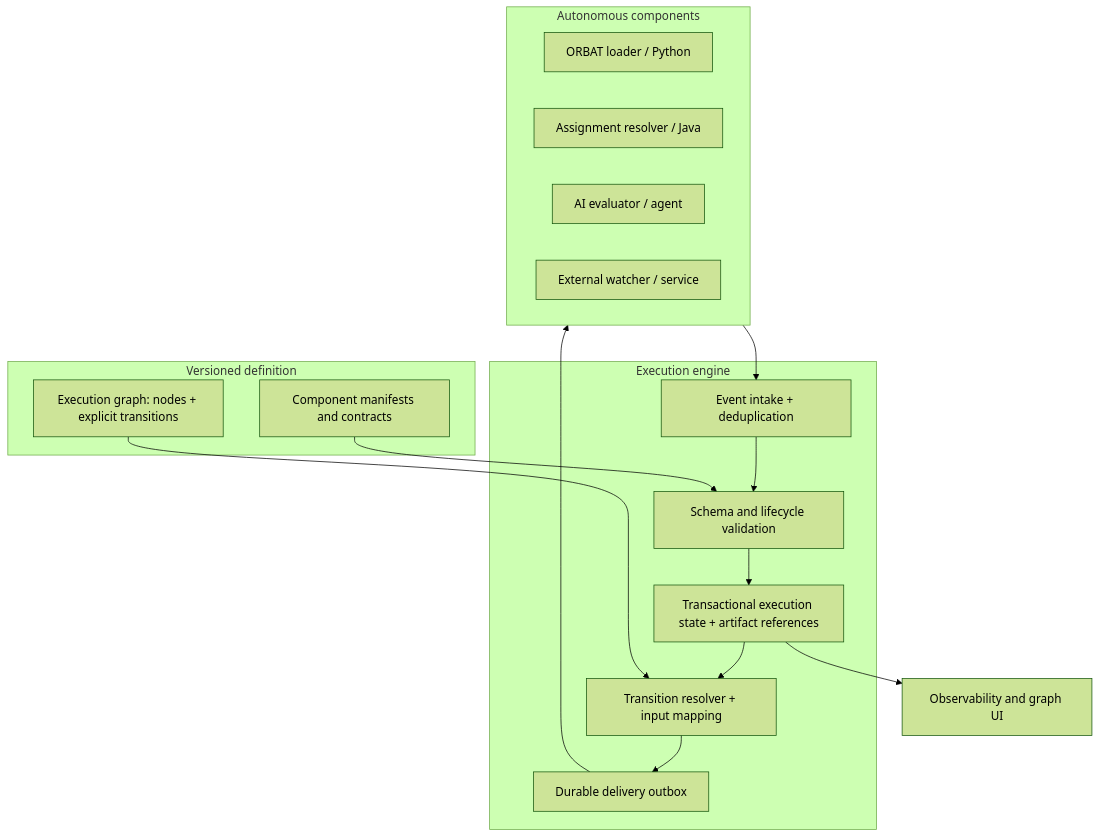
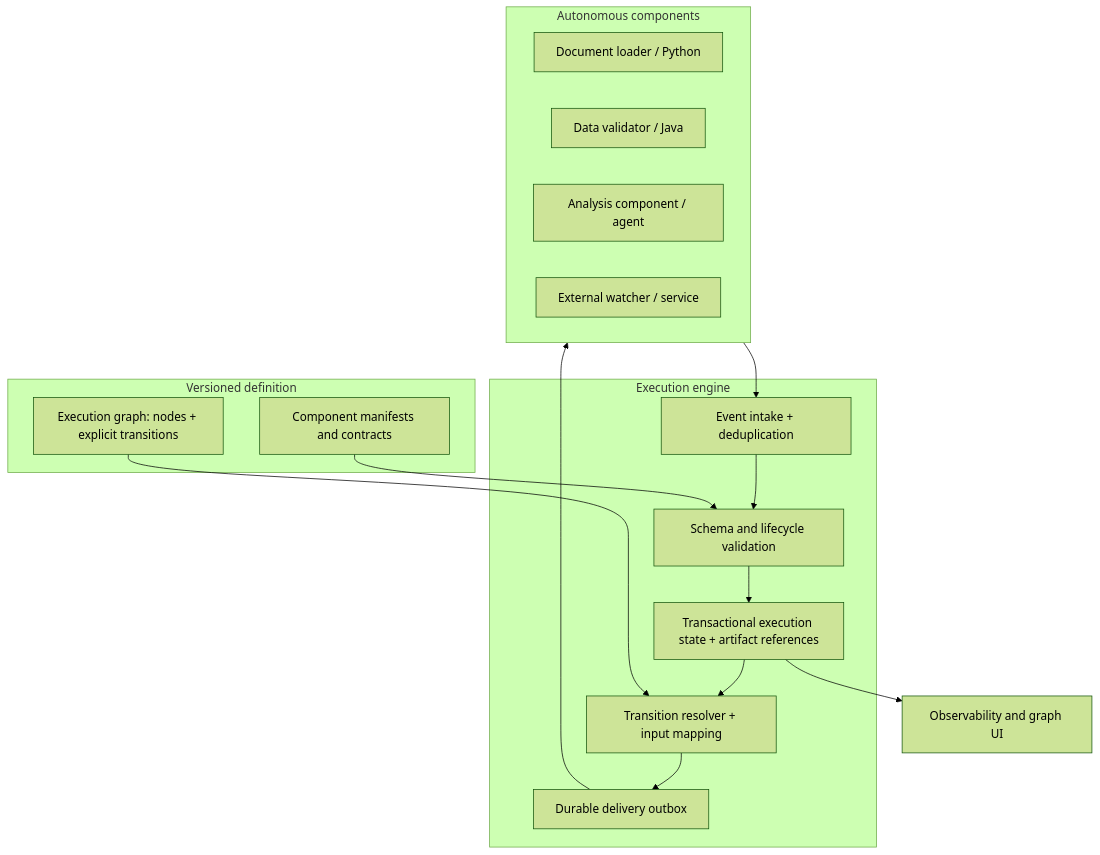
One commit to lodivandijk/architecture changed the first of 6 diagrams in Governed_Execution_Graph_Architecture_v0.1.md. Above: the diagram before and after it, drawn with Mermaid (forest theme). The commit also changed other lines of this file, not shown here.

Commit message:
Update architecture specification to v0.2

````diff
--- a/Governed_Execution_Graph_Architecture_v0.1.md
+++ b/Governed_Execution_Graph_Architecture_v0.1.md
@@ -65,26 +64,26 @@
 ```mermaid
 flowchart TB
   subgraph Definition[Versioned definition]
     G[Execution graph: nodes + explicit transitions]
     M[Component manifests and contracts]
   end
   subgraph Runtime[Execution engine]
     I[Event intake + deduplication]
     V[Schema and lifecycle validation]
     S[Transactional execution state + artifact references]
     T[Transition resolver + input mapping]
     D[Durable delivery outbox]
     I --> V --> S --> T --> D
   end
   subgraph Components[Autonomous components]
-    A[ORBAT loader / Python]
-    B[Assignment resolver / Java]
-    C[AI evaluator / agent]
+    A[Document loader / Python]
+    B[Data validator / Java]
+    C[Analysis component / agent]
     E[External watcher / service]
   end
   G --> T
   M --> V
   D --> Components
   Components --> I
   S --> O[Observability and graph UI]
 ```
````
